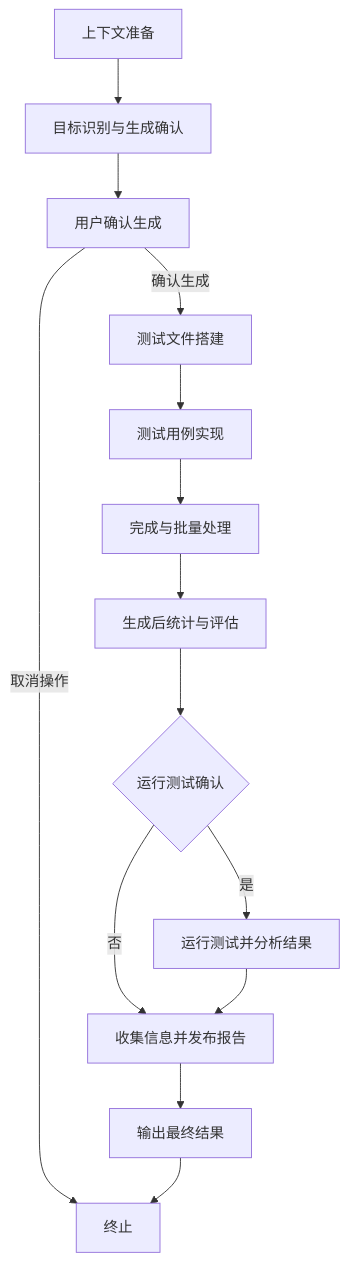
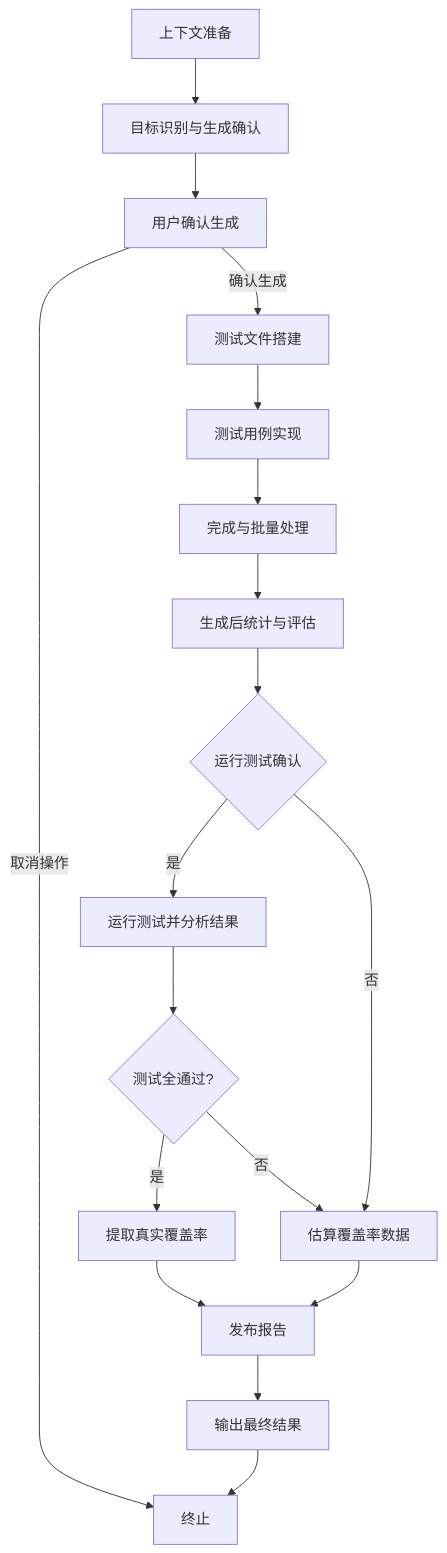
The diagram in cline/global/Workflows/create-unit-test.md (kinneyyan/prompts), drawn with Mermaid before and after one commit. The commit also changed other lines of this file, not shown here.

````diff
--- a/cline/global/Workflows/create-unit-test.md
+++ b/cline/global/Workflows/create-unit-test.md
@@ -17,16 +17,20 @@
 ```mermaid
 flowchart TD
     A[上下文准备] --> B[目标识别与生成确认];
     B --> C[用户确认生成];
     C -- 取消操作 --> Z[终止];
     C -- 确认生成 --> D[测试文件搭建];
     D --> E[测试用例实现];
     E --> F[完成与批量处理];
     F --> G[生成后统计与评估];
     G --> H{运行测试确认};
     H -- 是 --> I[运行测试并分析结果];
-    H -- 否 --> J[收集信息并发布报告];
-    I --> J;
+    I --> I2{测试全通过?};
+    I2 -- 是 --> I3[提取真实覆盖率];
+    I2 -- 否 --> I4[估算覆盖率数据];
+    H -- 否 --> I4;
+    I3 --> J[发布报告];
+    I4 --> J;
     J --> K[输出最终结果];
     K --> Z;
 ```
````
